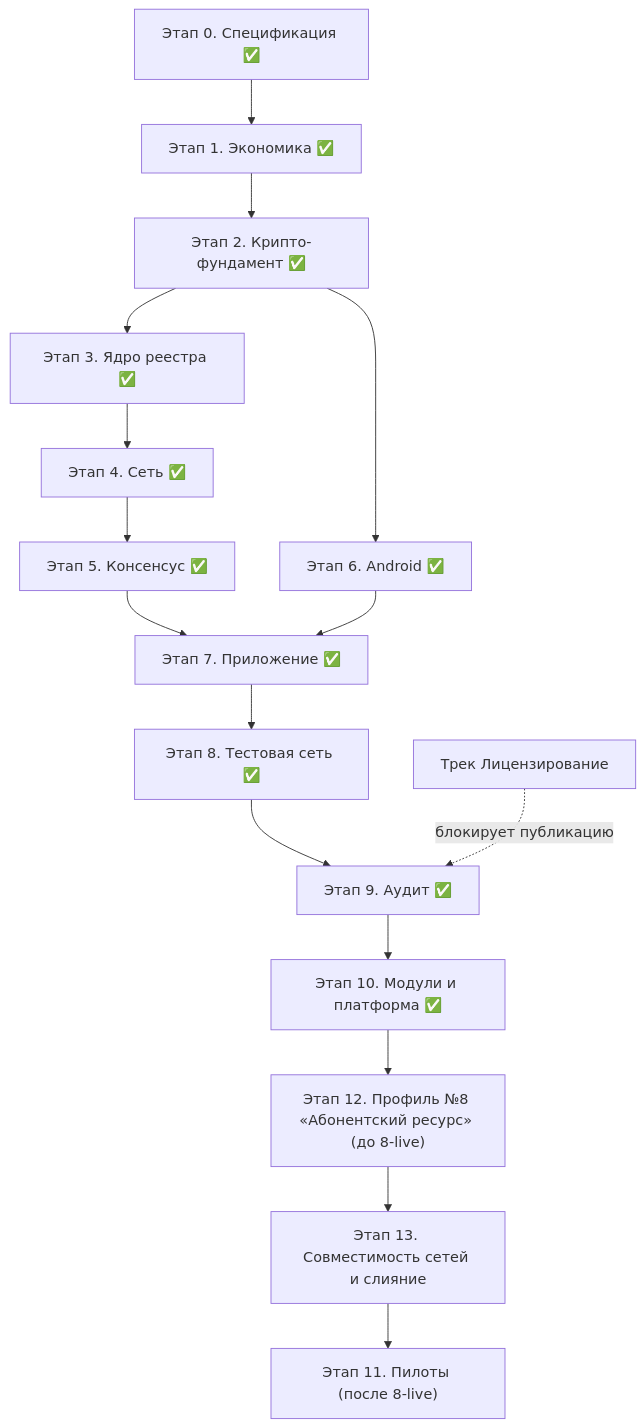
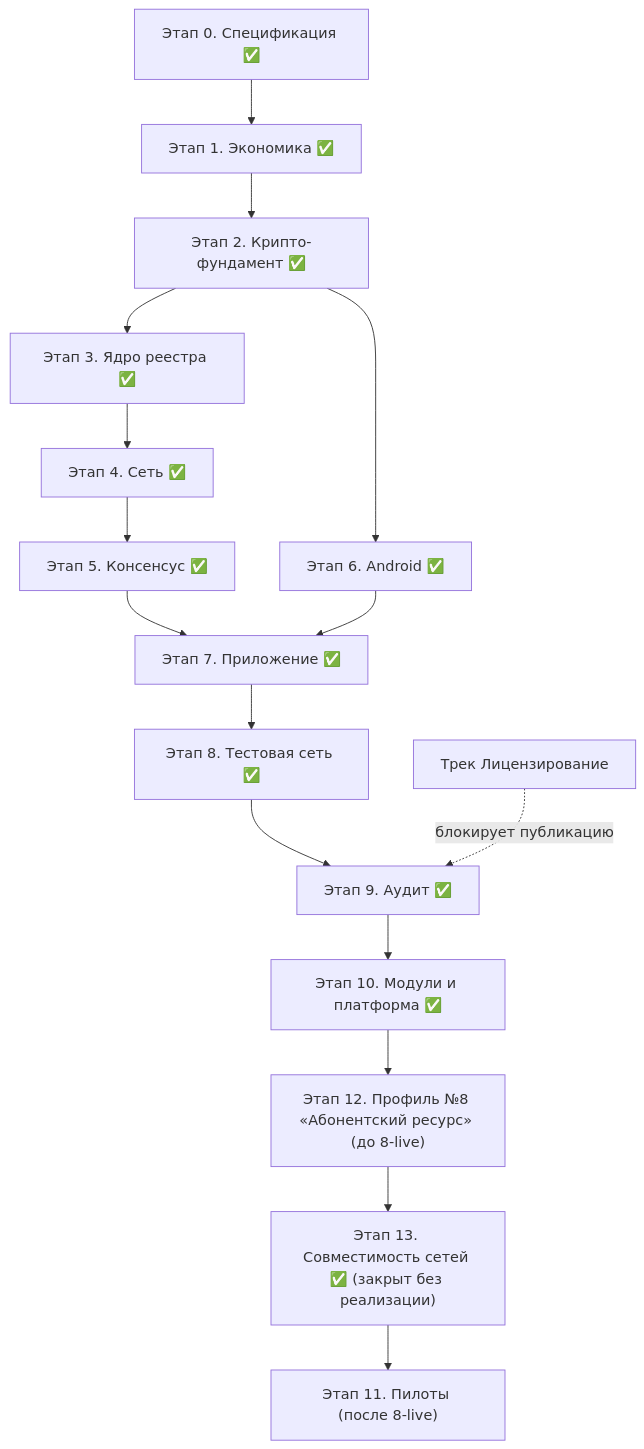
Before and after one commit to rumatakira74/equality-trust-networks: the diagram in docs/development-plan.md, drawn with Mermaid. The commit also changed other lines of this file and 1 other file, not shown here.

Commit message:
docs: слияние сетей не реализуется (решение владельца 02.11.2026) — этап 13 плана закрыт без реализации; дизайн и аудит — исторические артефакты

````diff
--- a/docs/development-plan.md
+++ b/docs/development-plan.md
@@ -285,18 +285,18 @@
 ```mermaid
 flowchart TD
     S0["Этап 0. Спецификация ✅"] --> S1["Этап 1. Экономика ✅"]
     S1 --> S2["Этап 2. Крипто-фундамент ✅"]
     S2 --> S3["Этап 3. Ядро реестра ✅"]
     S3 --> S4["Этап 4. Сеть ✅"]
     S4 --> S5["Этап 5. Консенсус ✅"]
     S2 --> S6["Этап 6. Android ✅"]
     S5 --> S7["Этап 7. Приложение ✅"]
     S6 --> S7
     S7 --> S8["Этап 8. Тестовая сеть ✅"]
     S8 --> S9["Этап 9. Аудит ✅"]
     S9 --> S10["Этап 10. Модули и платформа ✅"]
     S10 --> S12["Этап 12. Профиль №8 «Абонентский ресурс» (до 8-live)"]
-    S12 --> S13["Этап 13. Совместимость сетей и слияние"]
+    S12 --> S13["Этап 13. Совместимость сетей ✅ (закрыт без реализации)"]
     S13 --> S11["Этап 11. Пилоты (после 8-live)"]
     L["Трек Лицензирование"] -. "блокирует публикацию" .-> S9
 ```
````
